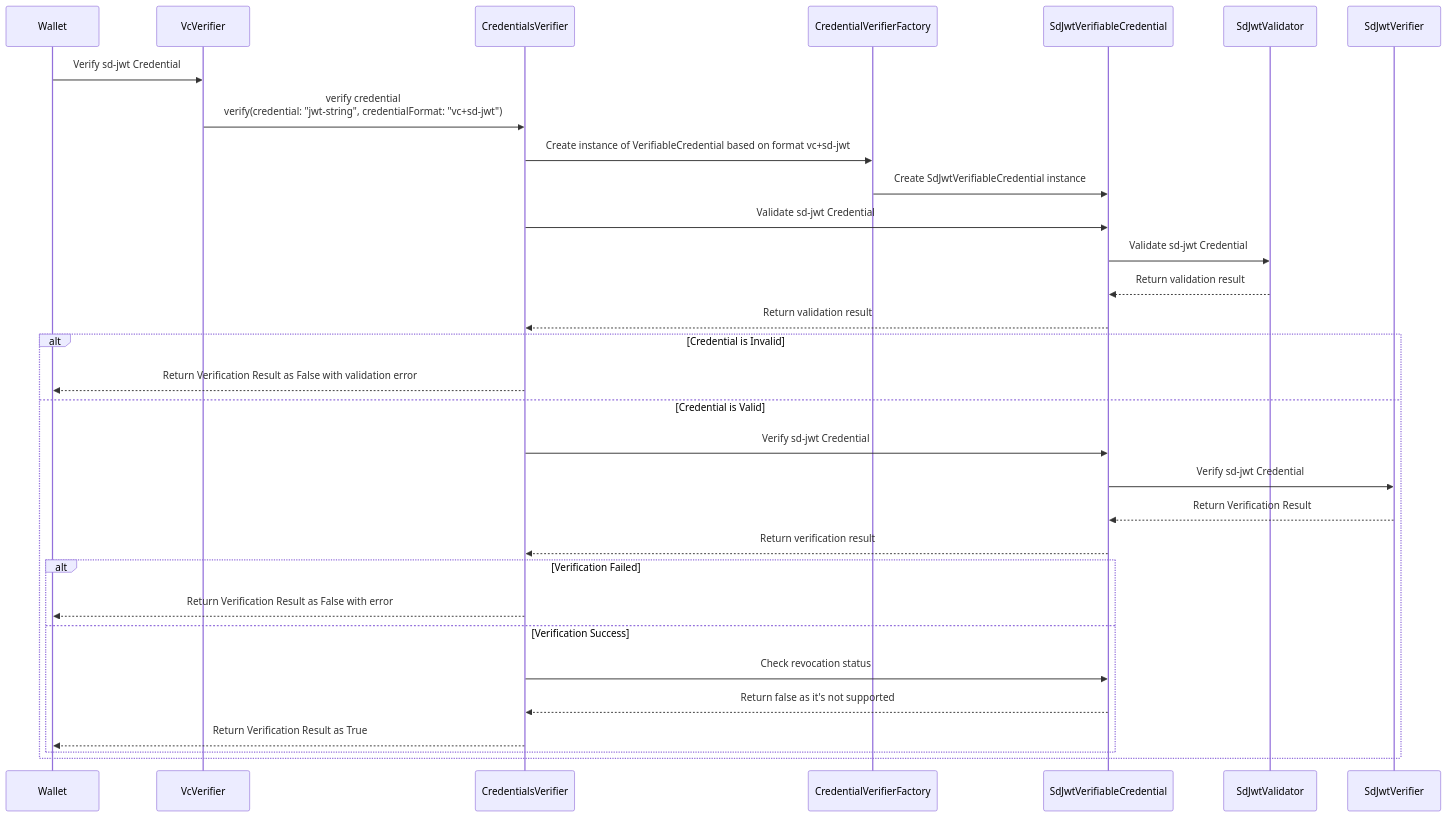
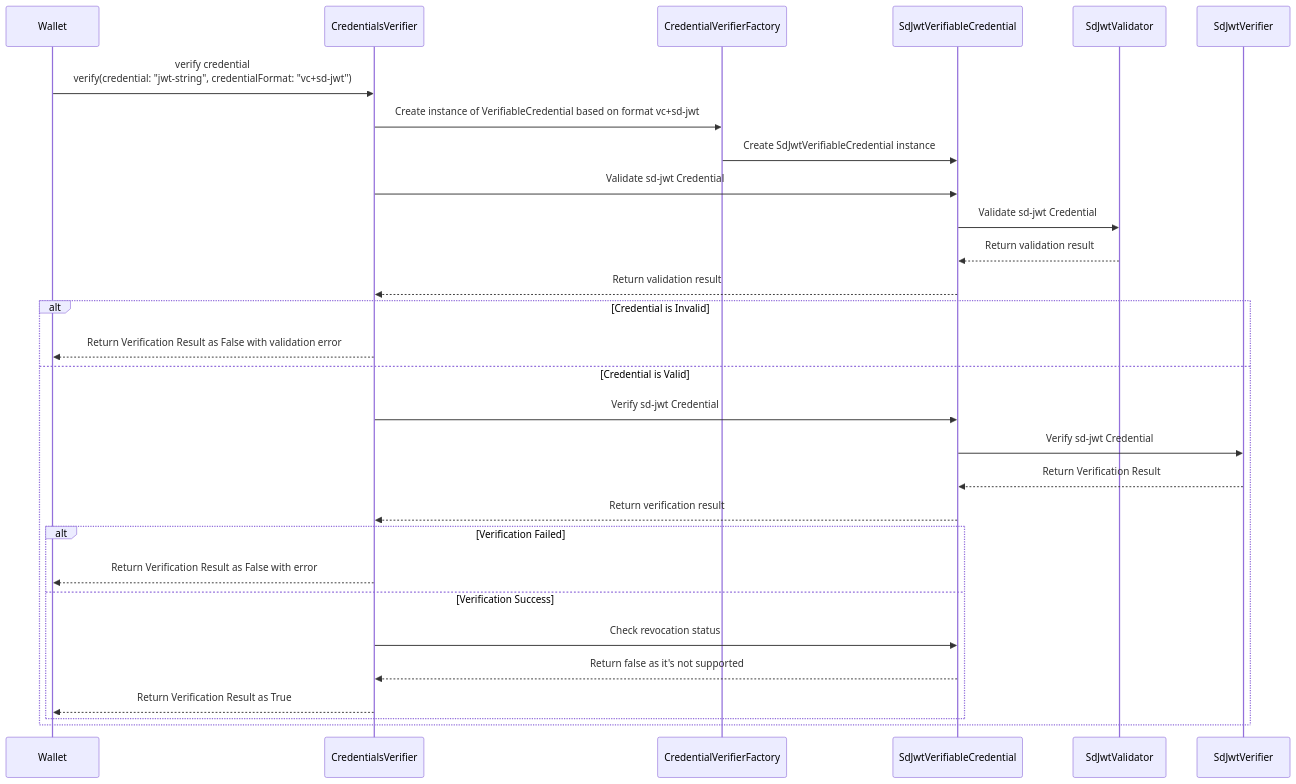
The first of 3 diagrams in doc/sdjwt-vc-verification-support.md (mosip/vc-verifier), drawn with Mermaid before and after one commit. The commit also changed other lines of this file, not shown here.

````diff
--- a/doc/sdjwt-vc-verification-support.md
+++ b/doc/sdjwt-vc-verification-support.md
@@ -33,28 +34,27 @@
 ```mermaid
 sequenceDiagram
-   Wallet->>VcVerifier: Verify sd-jwt Credential
-   VcVerifier->>CredentialsVerifier: verify credential<br/>verify(credential: "jwt-string", credentialFormat: "vc+sd-jwt")
+   Wallet->>CredentialsVerifier: verify credential<br/>verify(credential: "jwt-string", credentialFormat: "vc+sd-jwt")
    CredentialsVerifier->>CredentialVerifierFactory: Create instance of VerifiableCredential based on format vc+sd-jwt
    CredentialVerifierFactory->>SdJwtVerifiableCredential: Create SdJwtVerifiableCredential instance
    CredentialsVerifier->>SdJwtVerifiableCredential: Validate sd-jwt Credential
    SdJwtVerifiableCredential->>SdJwtValidator: Validate sd-jwt Credential
    SdJwtValidator-->>SdJwtVerifiableCredential: Return validation result
    SdJwtVerifiableCredential-->>CredentialsVerifier: Return validation result
    
    alt Credential is Invalid
       CredentialsVerifier-->>Wallet: Return Verification Result as False with validation error
    else Credential is Valid
       CredentialsVerifier->>SdJwtVerifiableCredential: Verify sd-jwt Credential
       SdJwtVerifiableCredential->>SdJwtVerifier: Verify sd-jwt Credential
       SdJwtVerifier-->>SdJwtVerifiableCredential: Return Verification Result
       SdJwtVerifiableCredential-->>CredentialsVerifier: Return verification result
       
       alt Verification Failed
          CredentialsVerifier-->>Wallet: Return Verification Result as False with error
       else Verification Success
          CredentialsVerifier->>SdJwtVerifiableCredential: Check revocation status
          SdJwtVerifiableCredential-->>CredentialsVerifier: Return false as it's not supported
          CredentialsVerifier-->>Wallet: Return Verification Result as True
       end
    end
 ```
````
